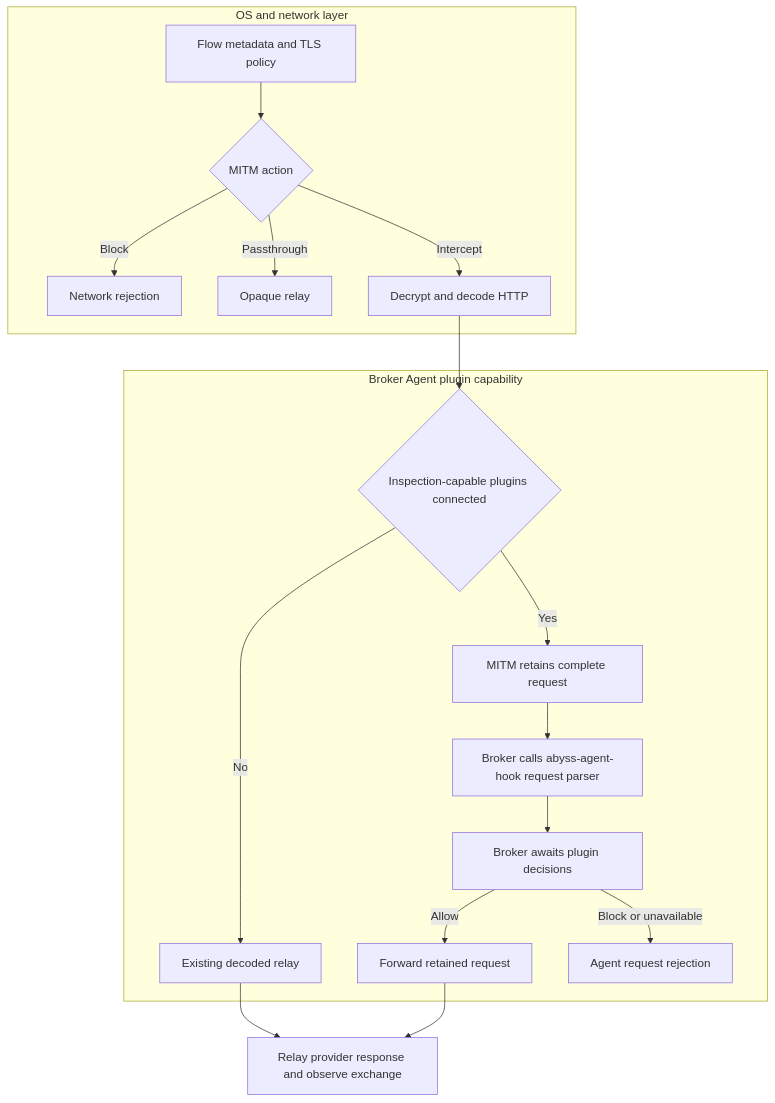
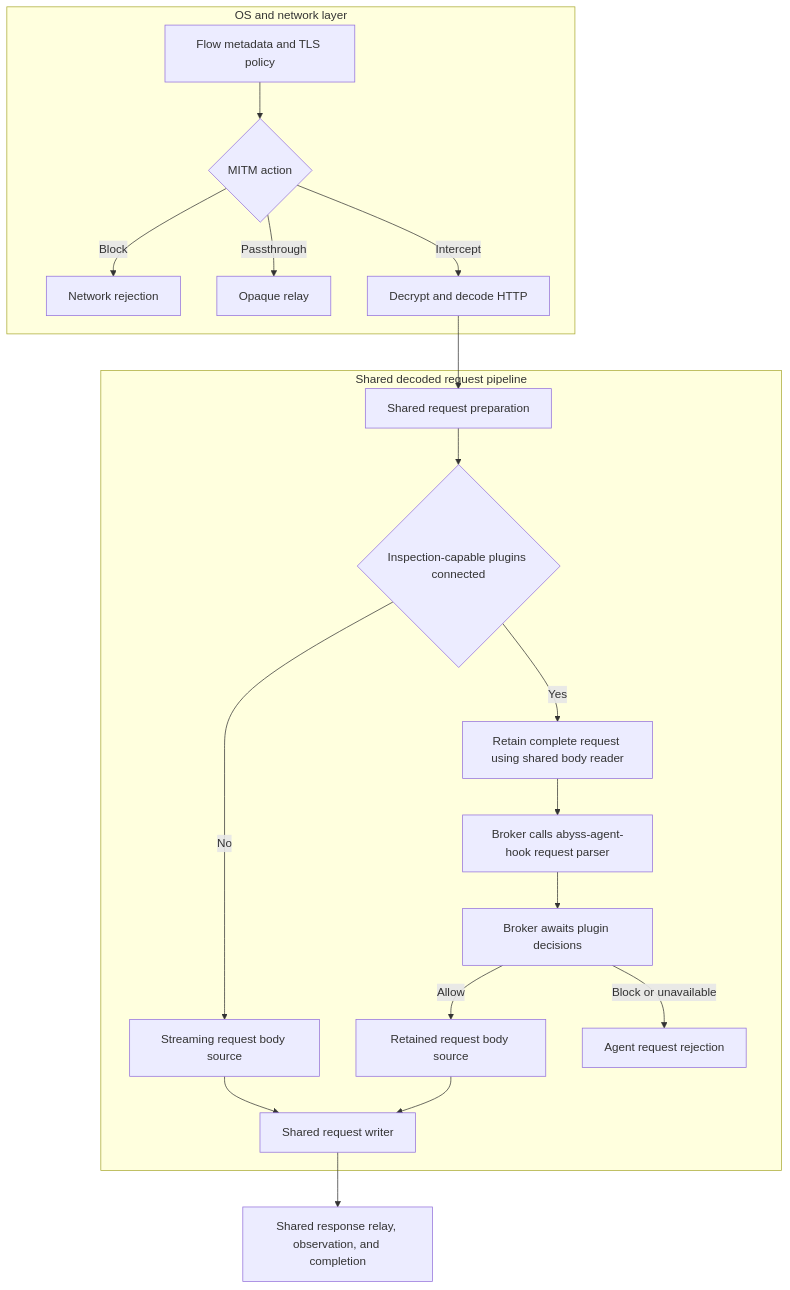
Before and after one commit to lexmount/abyss-rs: the second of 4 diagrams in docs/request-blocking-design.md, drawn with Mermaid. The commit also changed other lines of this file, not shown here.

First line of the commit message:
docs: share request forwarding pipeline stages

````diff
--- a/docs/request-blocking-design.md
+++ b/docs/request-blocking-design.md
@@ -284,20 +287,22 @@
 ```mermaid
 flowchart TD
     subgraph N[OS and network layer]
         A[Flow metadata and TLS policy] --> B{MITM action}
         B -->|Block| X[Network rejection]
         B -->|Passthrough| P[Opaque relay]
         B -->|Intercept| C[Decrypt and decode HTTP]
     end
-    subgraph R[Broker Agent plugin capability]
-        C --> D{Inspection-capable plugins connected}
-        D -->|No| E[Existing decoded relay]
-        D -->|Yes| F[MITM retains complete request]
+    subgraph R[Shared decoded request pipeline]
+        C --> Q[Shared request preparation]
+        Q --> D{Inspection-capable plugins connected}
+        D -->|No| E[Streaming request body source]
+        D -->|Yes| F[Retain complete request using shared body reader]
         F --> G[Broker calls abyss-agent-hook request parser]
         G --> H[Broker awaits plugin decisions]
-        H -->|Allow| I[Forward retained request]
+        H -->|Allow| I[Retained request body source]
         H -->|Block or unavailable| Y[Agent request rejection]
+        E --> W[Shared request writer]
+        I --> W
     end
-    I --> J[Relay provider response and observe exchange]
-    E --> J
+    W --> J[Shared response relay, observation, and completion]
 ```
````
